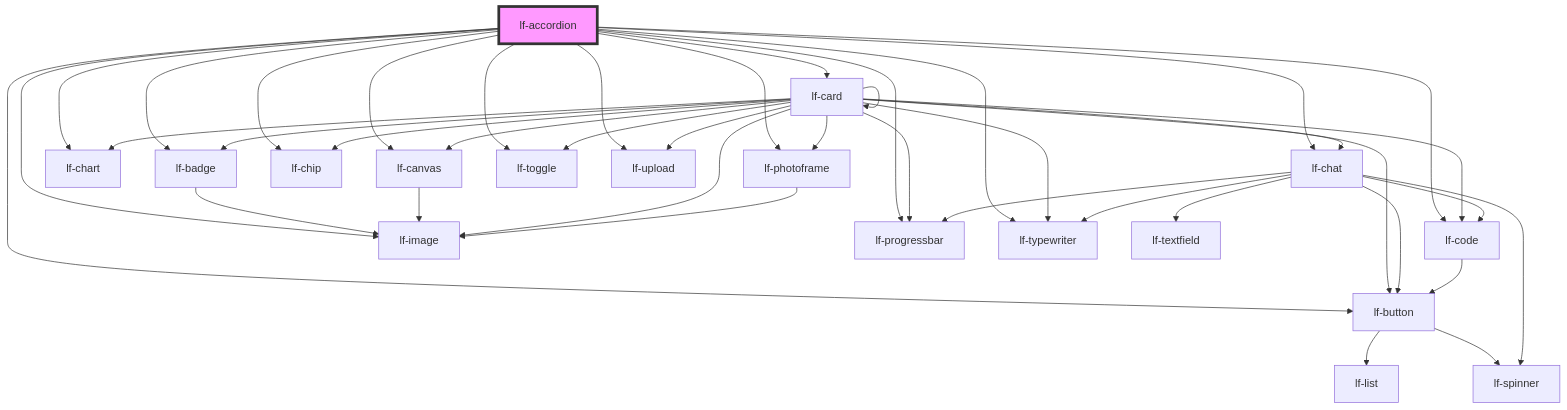
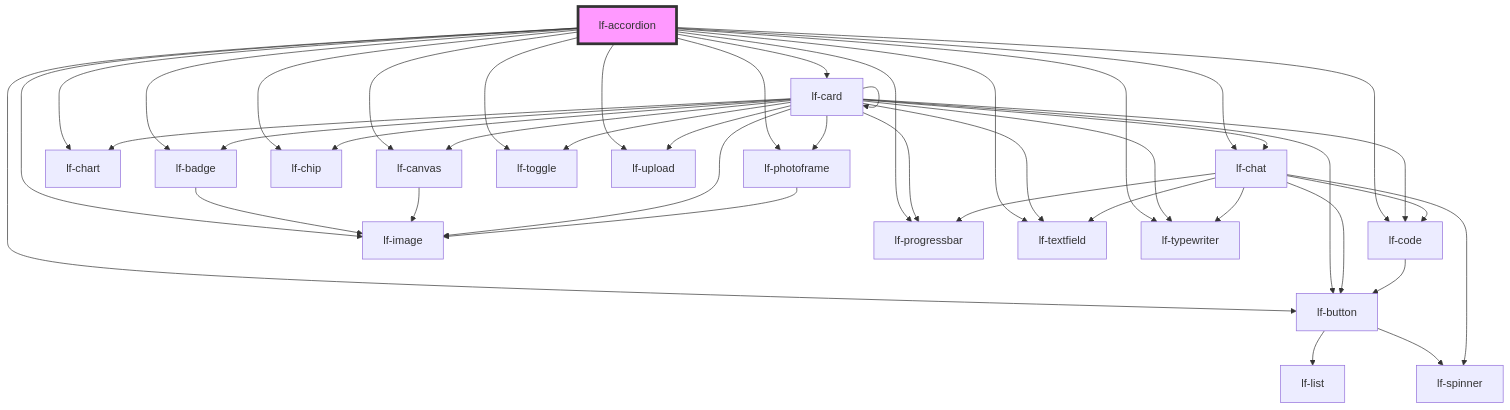
One commit to lucafoscili/lf-widgets changed the diagram in packages/core/src/components/lf-accordion/readme.md. Above: the diagram before and after it, drawn with Mermaid. The commit also changed other lines of this file and 9 other files, not shown here.

````diff
--- a/packages/core/src/components/lf-accordion/readme.md
+++ b/packages/core/src/components/lf-accordion/readme.md
@@ -153,44 +154,46 @@
 ```mermaid
 graph TD;
   lf-accordion --> lf-badge
   lf-accordion --> lf-button
   lf-accordion --> lf-canvas
   lf-accordion --> lf-card
   lf-accordion --> lf-chart
   lf-accordion --> lf-chat
   lf-accordion --> lf-chip
   lf-accordion --> lf-code
   lf-accordion --> lf-image
   lf-accordion --> lf-photoframe
   lf-accordion --> lf-progressbar
+  lf-accordion --> lf-textfield
   lf-accordion --> lf-toggle
   lf-accordion --> lf-typewriter
   lf-accordion --> lf-upload
   lf-badge --> lf-image
   lf-button --> lf-list
   lf-button --> lf-spinner
   lf-canvas --> lf-image
   lf-card --> lf-badge
   lf-card --> lf-button
   lf-card --> lf-canvas
   lf-card --> lf-card
   lf-card --> lf-chart
   lf-card --> lf-chat
   lf-card --> lf-chip
   lf-card --> lf-code
   lf-card --> lf-image
   lf-card --> lf-photoframe
   lf-card --> lf-progressbar
+  lf-card --> lf-textfield
   lf-card --> lf-toggle
   lf-card --> lf-typewriter
   lf-card --> lf-upload
   lf-chat --> lf-spinner
   lf-chat --> lf-button
   lf-chat --> lf-typewriter
   lf-chat --> lf-progressbar
   lf-chat --> lf-textfield
   lf-chat --> lf-code
   lf-code --> lf-button
   lf-photoframe --> lf-image
   style lf-accordion fill:#f9f,stroke:#333,stroke-width:4px
 ```
````
